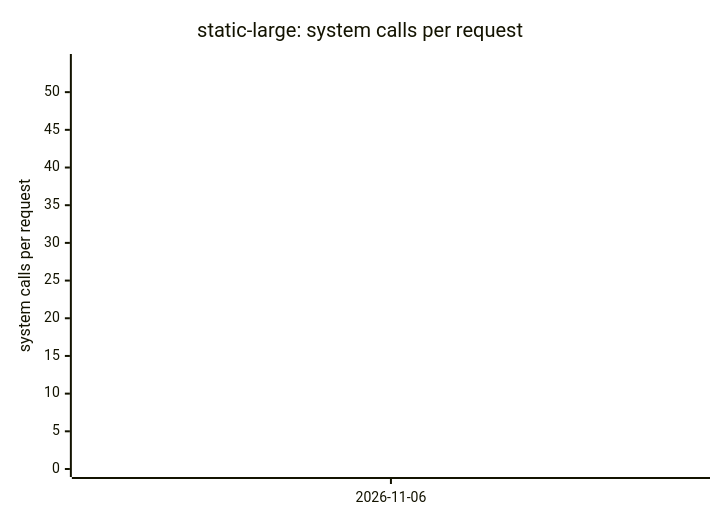
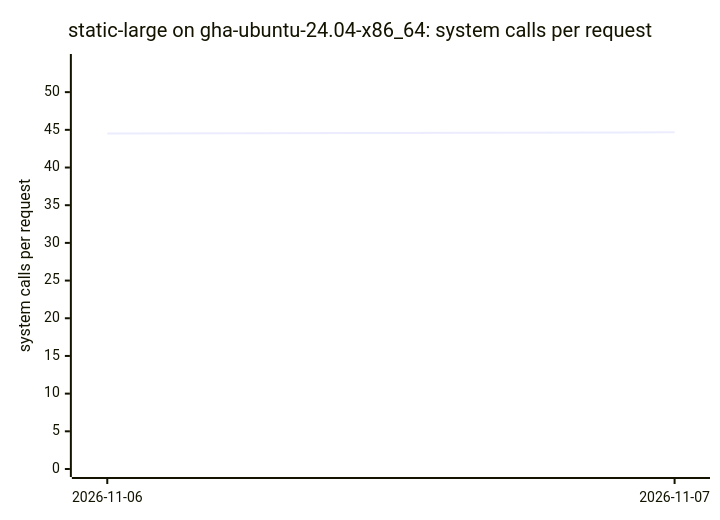
One commit to ThePixelPilgrim/durchlauferhitzer changed the ninth of 14 diagrams in BENCHMARKS.md. Above: the diagram before and after it, drawn with Mermaid. The commit also changed other lines of this file and 1 other file, not shown here.

````diff
--- a/BENCHMARKS.md
+++ b/BENCHMARKS.md
@@ -95,7 +106,7 @@
 ```mermaid
 xychart-beta
-  title "static-large: system calls per request"
-  x-axis ["2026-11-06"]
+  title "static-large on gha-ubuntu-24.04-x86_64: system calls per request"
+  x-axis ["2026-11-06", "2026-11-07"]
   y-axis "system calls per request" 0 --> 54
-  line [44.52]
+  line [44.52, 44.67]
 ```
````
